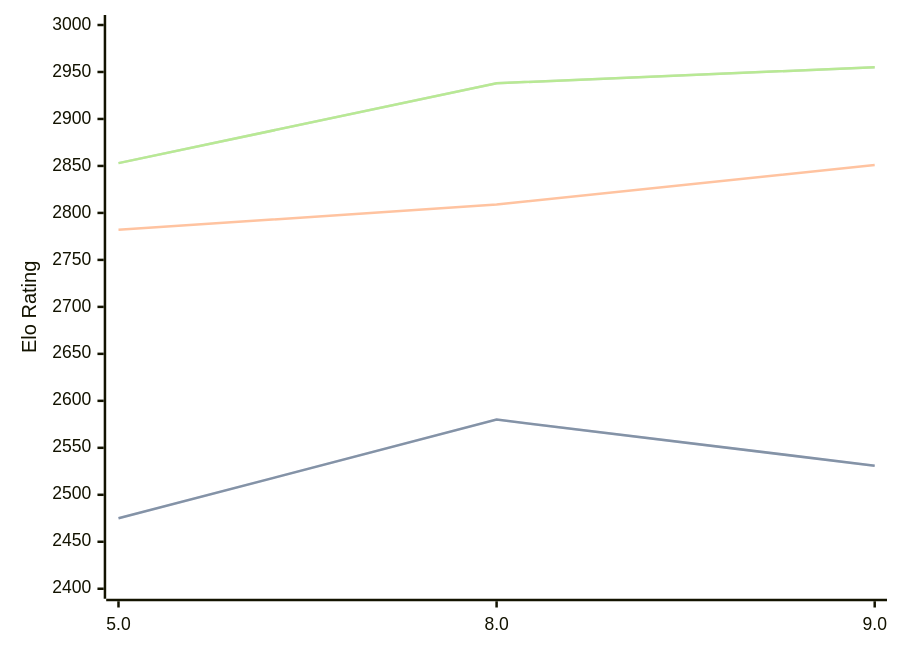
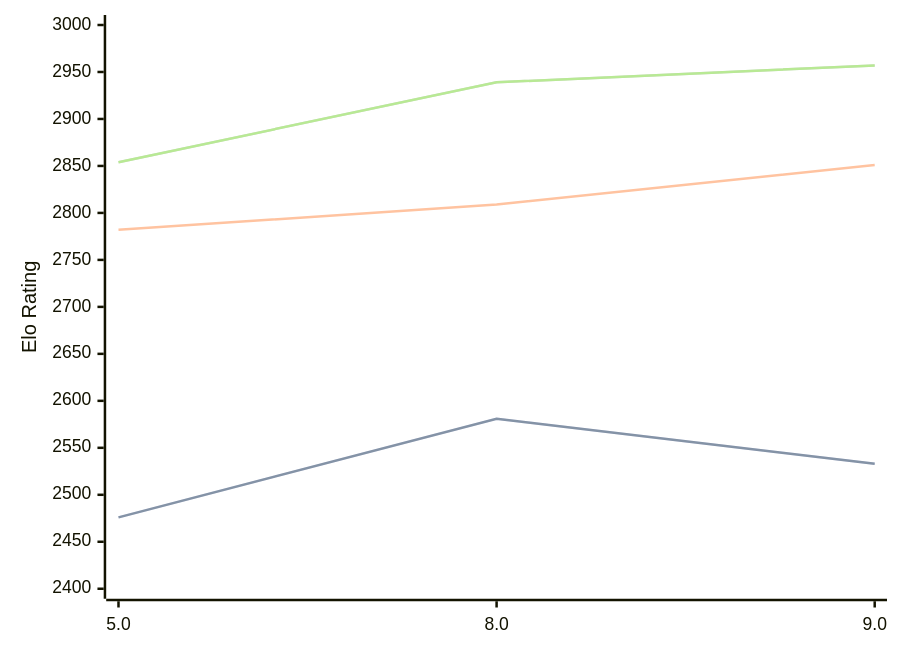
The diagram in engines/4kc.md (computer-chess-index/cci), drawn with Mermaid before and after one commit. The commit also changed other lines of this file, not shown here.

Commit message:
Update CCI Ratings (ELO VLTC) - 2026-08-21

````diff
--- a/engines/4kc.md
+++ b/engines/4kc.md
@@ -33,11 +33,11 @@
 ```mermaid
 %%{init: {"theme":"base","themeVariables":{"seriesColors:['#a3a3a3','#222221','#faa371']}}}%%
 xychart-beta
   x-axis ["5.0", "8.0", "9.0"]
   y-axis "Elo Rating" 2400 --> 3000
-  line "STC (8.0+0.08s)" [2475, 2580, 2531]
-  line "STC (8.0+0.08s)" [2475, 2580, 2531]
+  line "STC (8.0+0.08s)" [2476, 2581, 2533]
+  line "STC (8.0+0.08s)" [2476, 2581, 2533]
   line "LTC (60.0+0.60s)" [2782, 2809, 2851]
-  line "VLTC (2m24s+1.12s)" [2853, 2938, 2955]
-  line "VLTC (2m24s+1.12s)" [2853, 2938, 2955]
+  line "VLTC (2m24s+1.12s)" [2854, 2939, 2957]
+  line "VLTC (2m24s+1.12s)" [2854, 2939, 2957]
 ```
````
